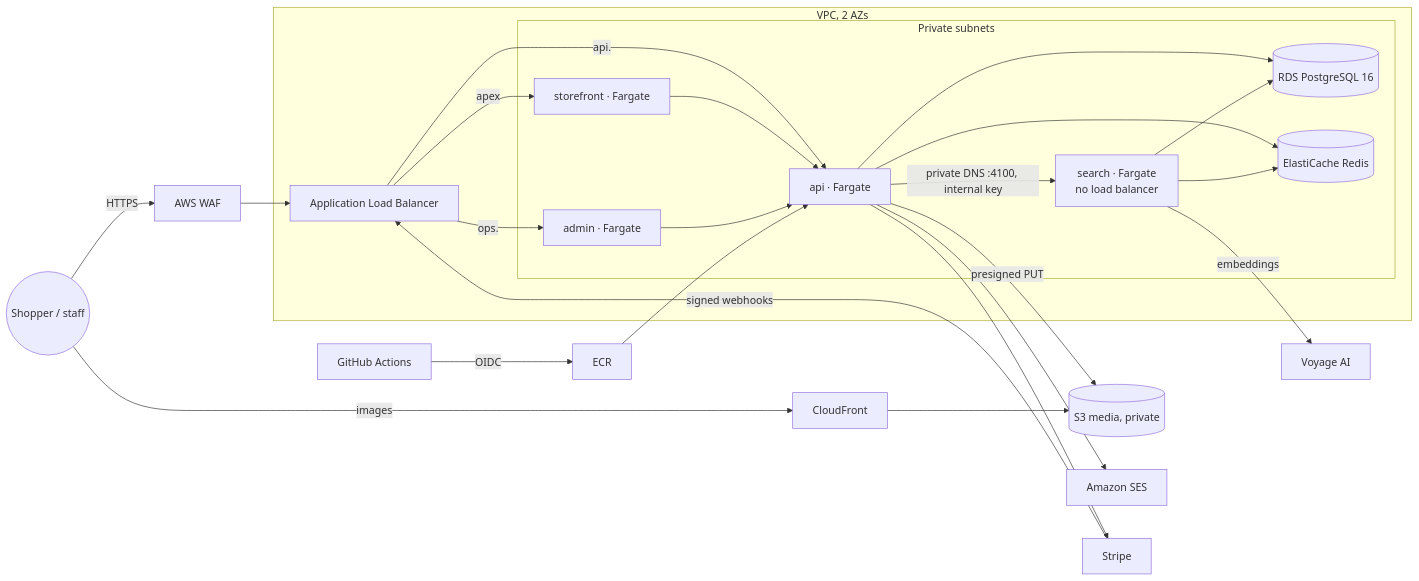
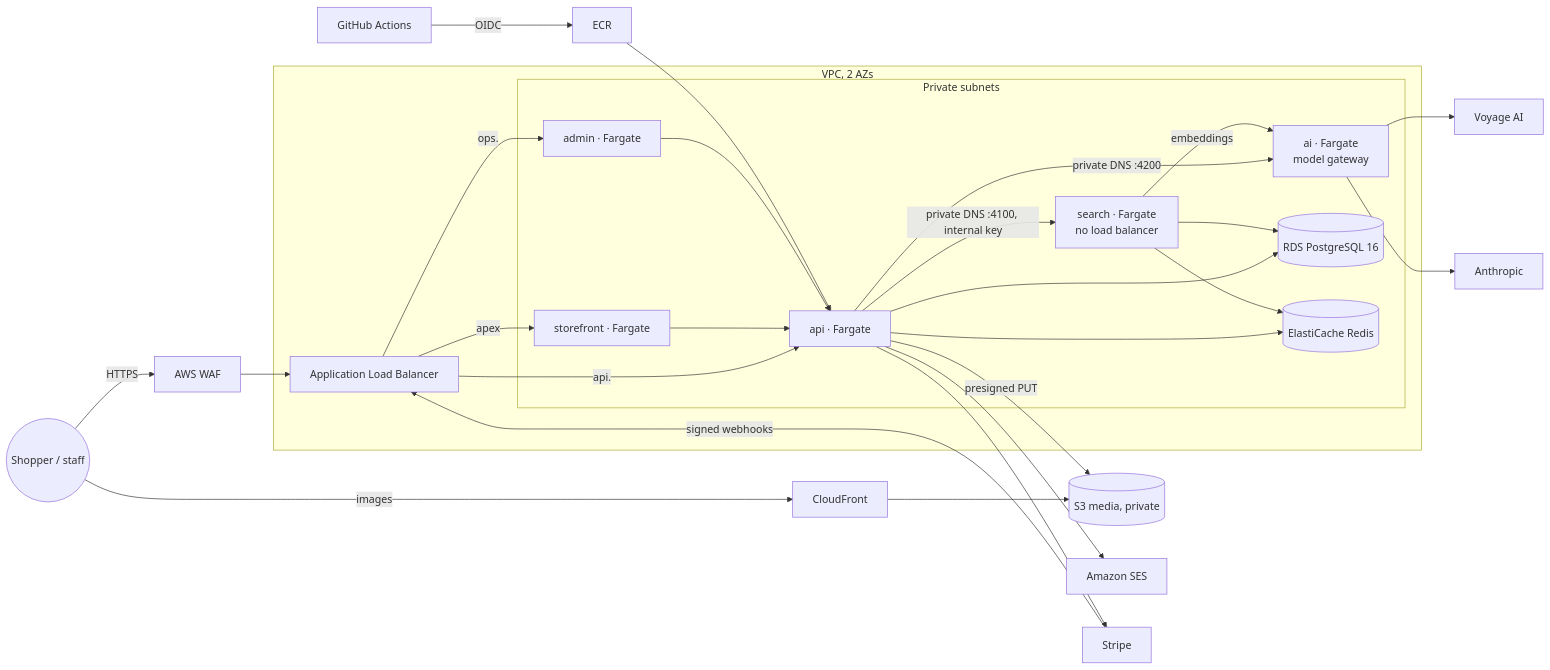
Before and after one commit to rasmane1er/nixzora: the diagram in docs/architecture/deployment.md, drawn with Mermaid. The commit also changed other lines of this file and 28 other files, not shown here.

````diff
--- a/docs/architecture/deployment.md
+++ b/docs/architecture/deployment.md
@@ -3,32 +3,36 @@
 ```mermaid
 flowchart LR
   user((Shopper / staff)) -->|HTTPS| waf[AWS WAF]
   waf --> alb[Application Load Balancer]
   user -->|images| cf[CloudFront] --> s3[(S3 media, private)]
   subgraph vpc[VPC, 2 AZs]
     subgraph private[Private subnets]
       sf[storefront · Fargate]
       api[api · Fargate]
       search[search · Fargate<br/>no load balancer]
+      ai[ai · Fargate<br/>model gateway]
       ops[admin · Fargate]
       rds[(RDS PostgreSQL 16)]
       redis[(ElastiCache Redis)]
     end
     alb -->|apex| sf
     alb -->|api.| api
     alb -->|ops.| ops
     sf --> api
     ops --> api
     api -->|private DNS :4100, internal key| search
     api --> rds
     api --> redis
     search --> rds
     search --> redis
   end
-  search -->|embeddings| voyage[Voyage AI]
+  api -->|private DNS :4200| ai
+  search -->|embeddings| ai
+  ai --> voyage[Voyage AI]
+  ai --> anthropic[Anthropic]
   api -->|presigned PUT| s3
   api --> ses[Amazon SES]
   api --> stripe[Stripe]
   stripe -->|signed webhooks| alb
   gh[GitHub Actions] -->|OIDC| ecr[ECR] --> api
 ```
````
